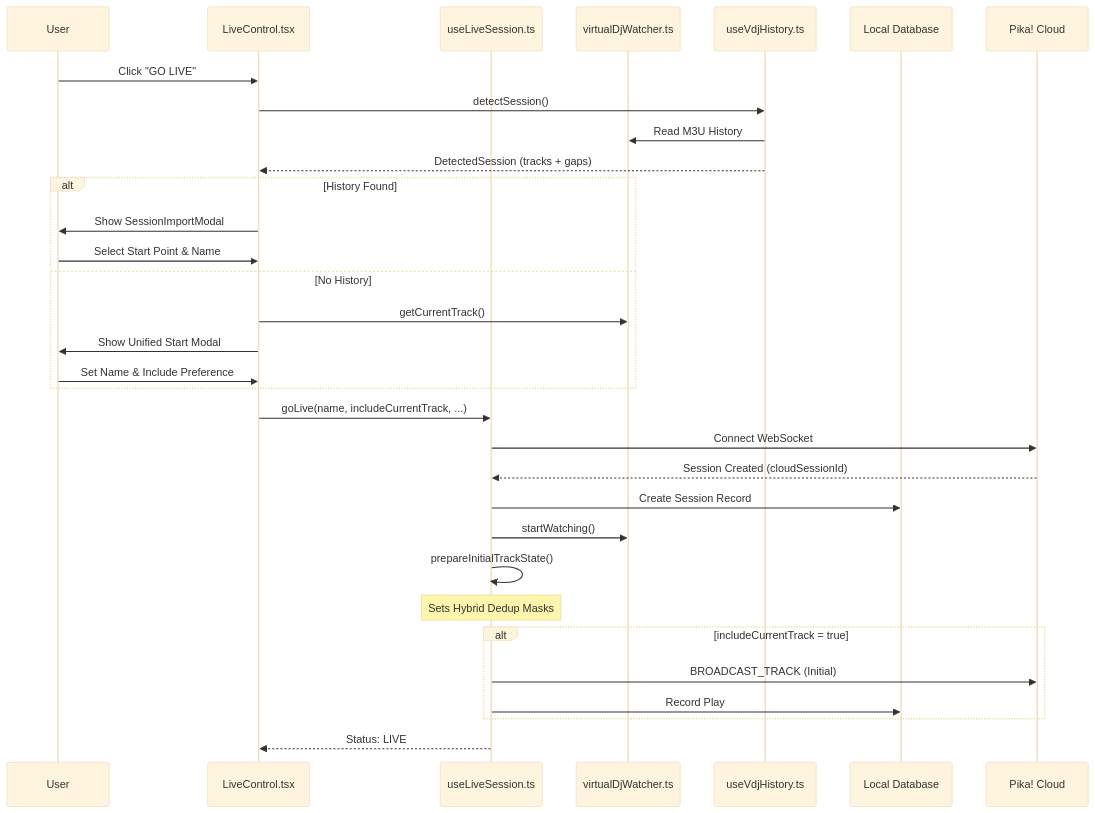
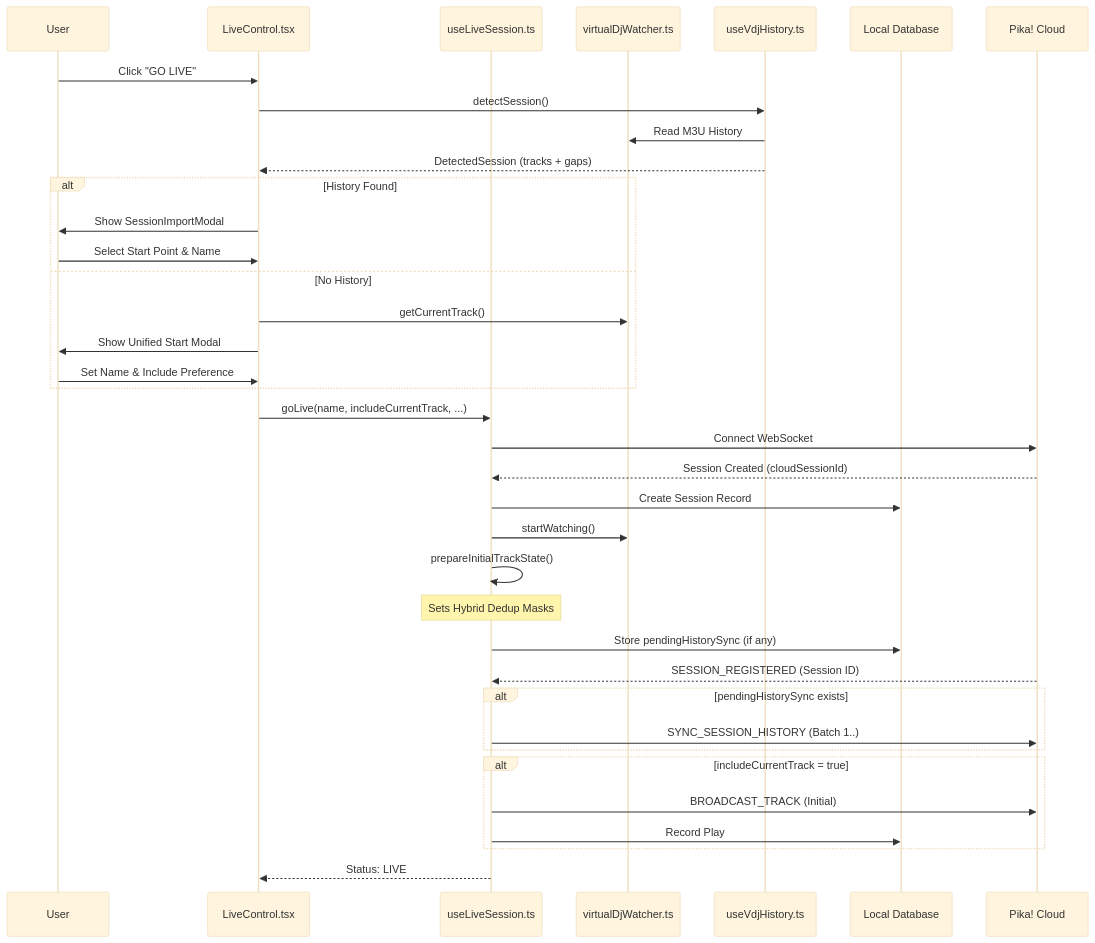
The diagram in docs/architecture/go-live-flow.md (expigo/pika), drawn with Mermaid (base theme) before and after one commit. The commit also changed 7 other files, not shown here.

Commit message:
docs: update architecture and roadmap for v0.4.5

````diff
--- a/docs/architecture/go-live-flow.md
+++ b/docs/architecture/go-live-flow.md
@@ -11,40 +11,48 @@
 ```mermaid
 sequenceDiagram
     participant User
     participant LC as LiveControl.tsx
     participant UL as useLiveSession.ts
     participant VDJ as virtualDjWatcher.ts
     participant VH as useVdjHistory.ts
     participant DB as Local Database
     participant CL as Pika! Cloud
 
     User->>LC: Click "GO LIVE"
     LC->>VH: detectSession()
     VH->>VDJ: Read M3U History
     VH-->>LC: DetectedSession (tracks + gaps)
     
     alt History Found
         LC->>User: Show SessionImportModal
         User->>LC: Select Start Point & Name
     else No History
         LC->>VDJ: getCurrentTrack()
         LC->>User: Show Unified Start Modal
         User->>LC: Set Name & Include Preference
     end
 
     LC->>UL: goLive(name, includeCurrentTrack, ...)
     UL->>CL: Connect WebSocket
     CL-->>UL: Session Created (cloudSessionId)
     UL->>DB: Create Session Record
     UL->>VDJ: startWatching()
     
     UL->>UL: prepareInitialTrackState()
     Note over UL: Sets Hybrid Dedup Masks
     
+    UL->>DB: Store pendingHistorySync (if any)
+    
+    CL-->>UL: SESSION_REGISTERED (Session ID)
+    
+    alt pendingHistorySync exists
+        UL->>CL: SYNC_SESSION_HISTORY (Batch 1..)
+    end
+    
     alt includeCurrentTrack = true
         UL->>CL: BROADCAST_TRACK (Initial)
         UL->>DB: Record Play
     end
 
     UL-->>LC: Status: LIVE
 ```
````
